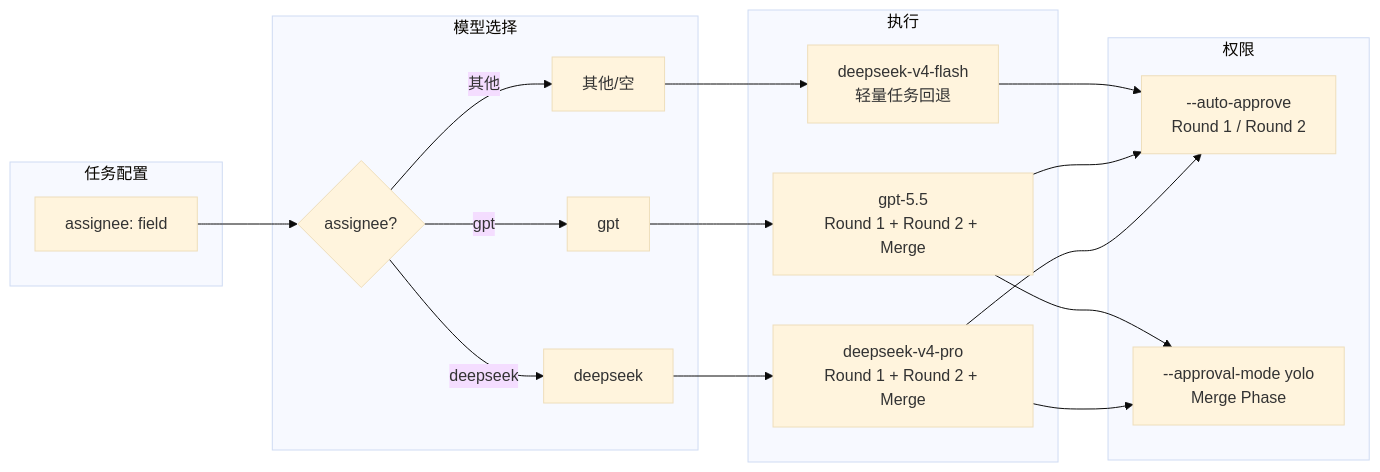
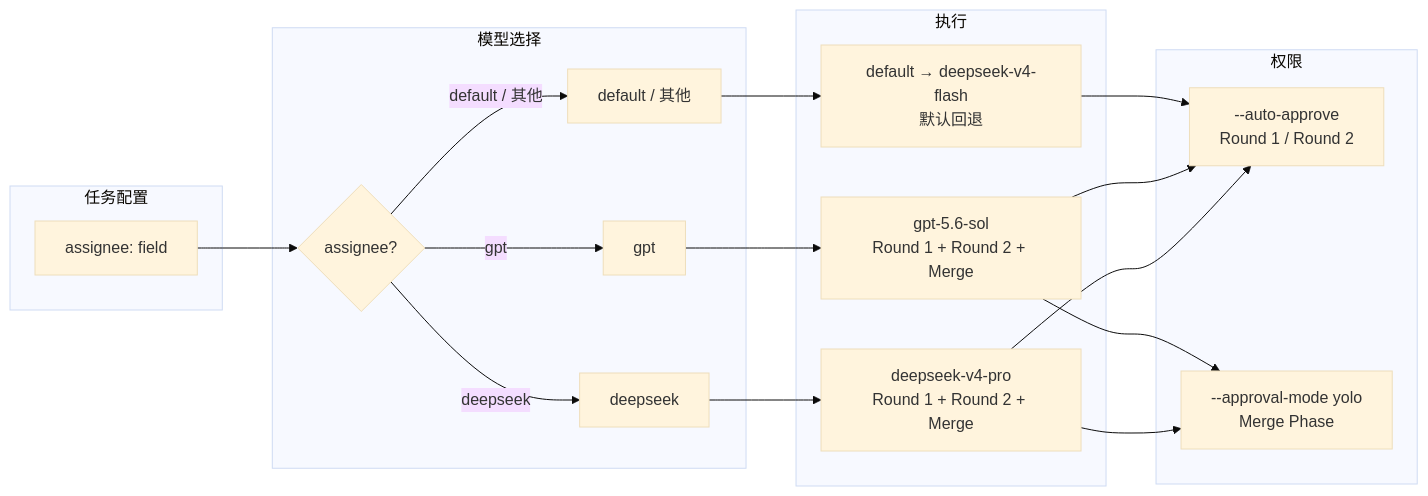
The fifth of 5 diagrams in docs/workflow.md (ndzuki/obsidian-task-runner), drawn with Mermaid (base theme) before and after one commit. The commit also changed other lines of this file and 13 other files, not shown here.

````diff
--- a/docs/workflow.md
+++ b/docs/workflow.md
@@ -160,37 +160,37 @@
 ```mermaid
 flowchart LR
     subgraph "任务配置"
         A[assignee: field]
     end
 
     subgraph "模型选择"
         B{assignee?}
         C[deepseek]
         D[gpt]
-        E[其他/空]
+        E[default / 其他]
     end
 
     subgraph "执行"
         F[deepseek-v4-pro<br/>Round 1 + Round 2 + Merge]
-        G[gpt-5.5<br/>Round 1 + Round 2 + Merge]
-        H[deepseek-v4-flash<br/>轻量任务回退]
+        G[gpt-5.6-sol<br/>Round 1 + Round 2 + Merge]
+        H[default → deepseek-v4-flash<br/>默认回退]
     end
 
     subgraph "权限"
         I[--auto-approve<br/>Round 1 / Round 2]
         J[--approval-mode yolo<br/>Merge Phase]
     end
 
     A --> B
     B -->|deepseek| C
     B -->|gpt| D
-    B -->|其他| E
+    B -->|default / 其他| E
     C --> F
     D --> G
     E --> H
     F --> I
     G --> I
     H --> I
     F --> J
     G --> J
 ```
````
